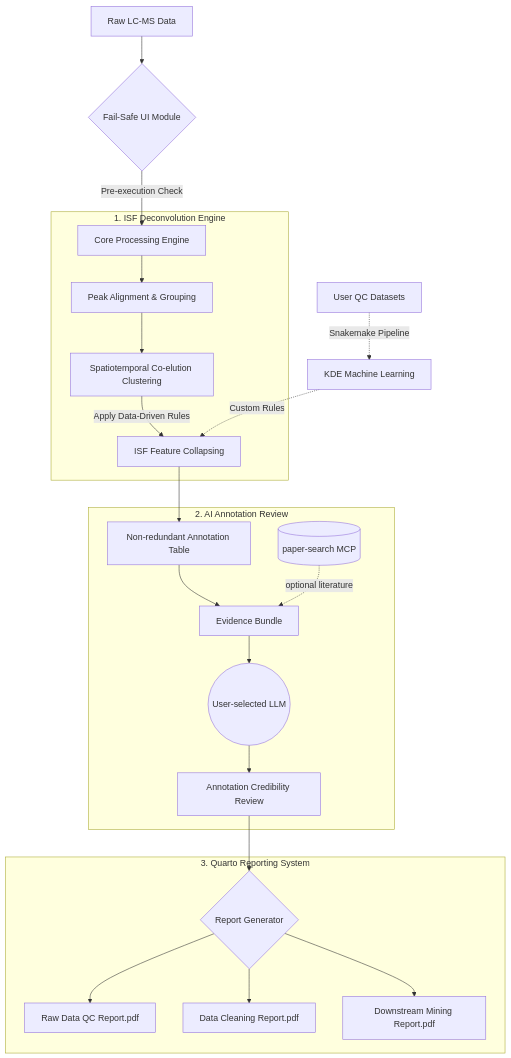
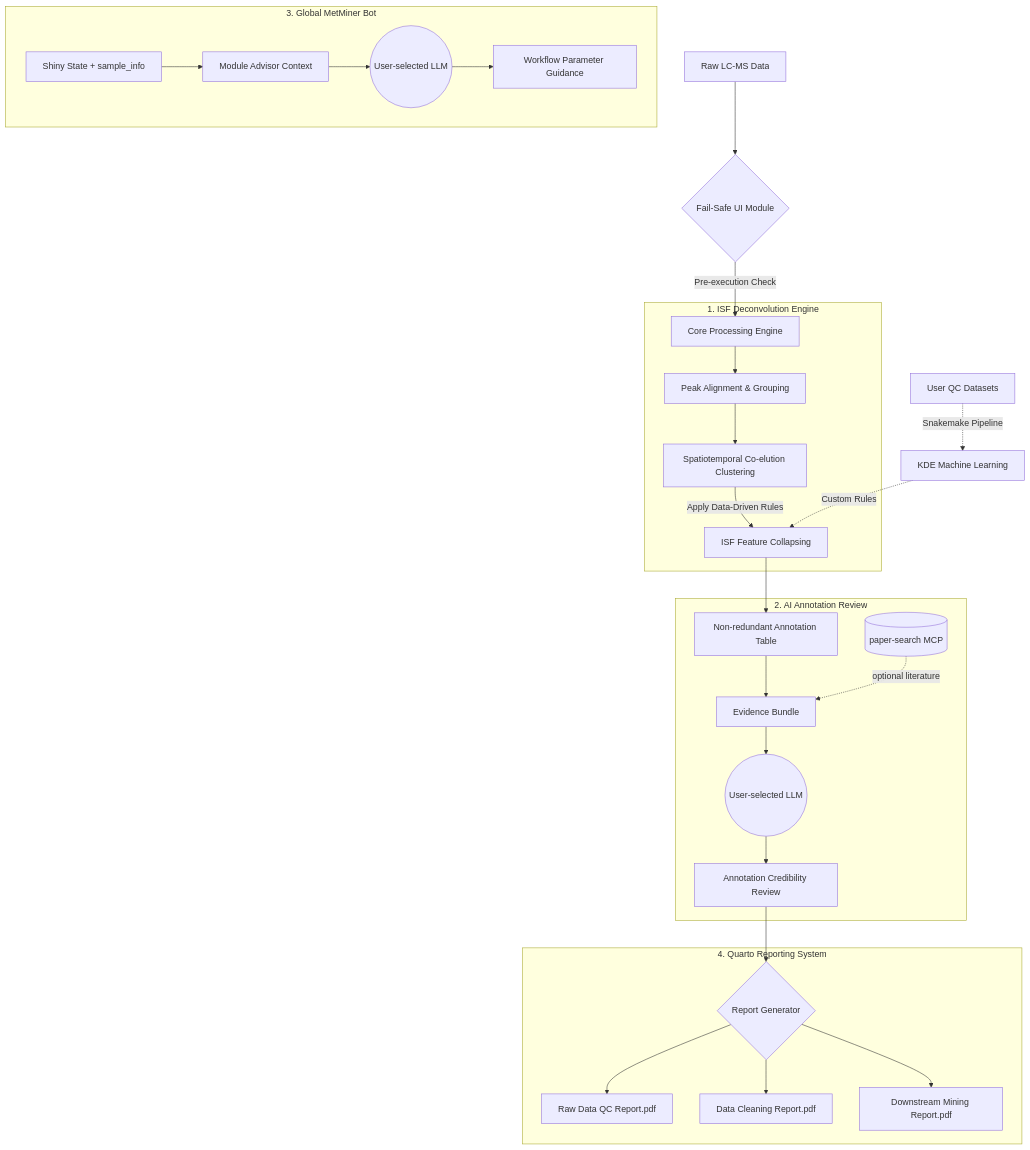
One commit to xuebinzhang-lab/MetMiner changed the diagram in README.md. Above: the diagram before and after it, drawn with Mermaid. The commit also changed other lines of this file and 4 other files, not shown here.

````diff
--- a/README.md
+++ b/README.md
@@ -62,30 +80,36 @@
 ```mermaid
 graph TD
     A[Raw LC-MS Data] --> B{Fail-Safe UI Module}
     B -->|Pre-execution Check| C[Core Processing Engine]
     
     subgraph 1. ISF Deconvolution Engine
     C --> D[Peak Alignment & Grouping]
     D --> E[Spatiotemporal Co-elution Clustering]
     E -->|Apply Data-Driven Rules| F[ISF Feature Collapsing]
     end
     
     subgraph 2. AI Annotation Review
     F --> G[Non-redundant Annotation Table]
     G --> H[Evidence Bundle]
     H --> I((User-selected LLM))
     J[(paper-search MCP)] -. optional literature .-> H
     I --> K[Annotation Credibility Review]
     end
+
+    subgraph 3. Global MetMiner Bot
+    S[Shiny State + sample_info] --> T[Module Advisor Context]
+    T --> U((User-selected LLM))
+    U --> V[Workflow Parameter Guidance]
+    end
     
-    subgraph 3. Quarto Reporting System
+    subgraph 4. Quarto Reporting System
     K --> M{Report Generator}
     M --> N[Raw Data QC Report.pdf]
     M --> O[Data Cleaning Report.pdf]
     M --> P[Downstream Mining Report.pdf]
     end
     
     %% Custom Dictionary Pipeline
     Q[User QC Datasets] -.->|Snakemake Pipeline| R[KDE Machine Learning]
     R -.->|Custom Rules| F
 ```
````
